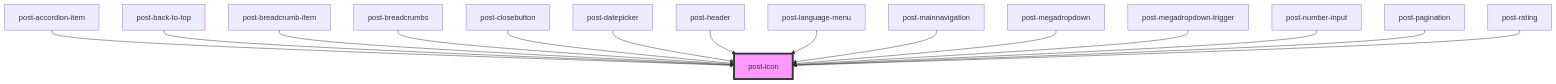
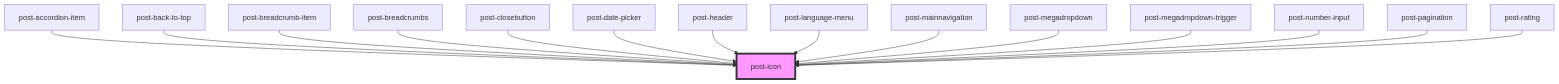
Before and after one commit to swisspost/design-system: the diagram in packages/components/src/components/post-icon/readme.md, drawn with Mermaid. The commit also changed other lines of this file and 27 other files, not shown here.

````diff
--- a/packages/components/src/components/post-icon/readme.md
+++ b/packages/components/src/components/post-icon/readme.md
@@ -42,18 +42,18 @@
 ```mermaid
 graph TD;
   post-accordion-item --> post-icon
   post-back-to-top --> post-icon
   post-breadcrumb-item --> post-icon
   post-breadcrumbs --> post-icon
   post-closebutton --> post-icon
-  post-datepicker --> post-icon
+  post-date-picker --> post-icon
   post-header --> post-icon
   post-language-menu --> post-icon
   post-mainnavigation --> post-icon
   post-megadropdown --> post-icon
   post-megadropdown-trigger --> post-icon
   post-number-input --> post-icon
   post-pagination --> post-icon
   post-rating --> post-icon
   style post-icon fill:#f9f,stroke:#333,stroke-width:4px
 ```
````
